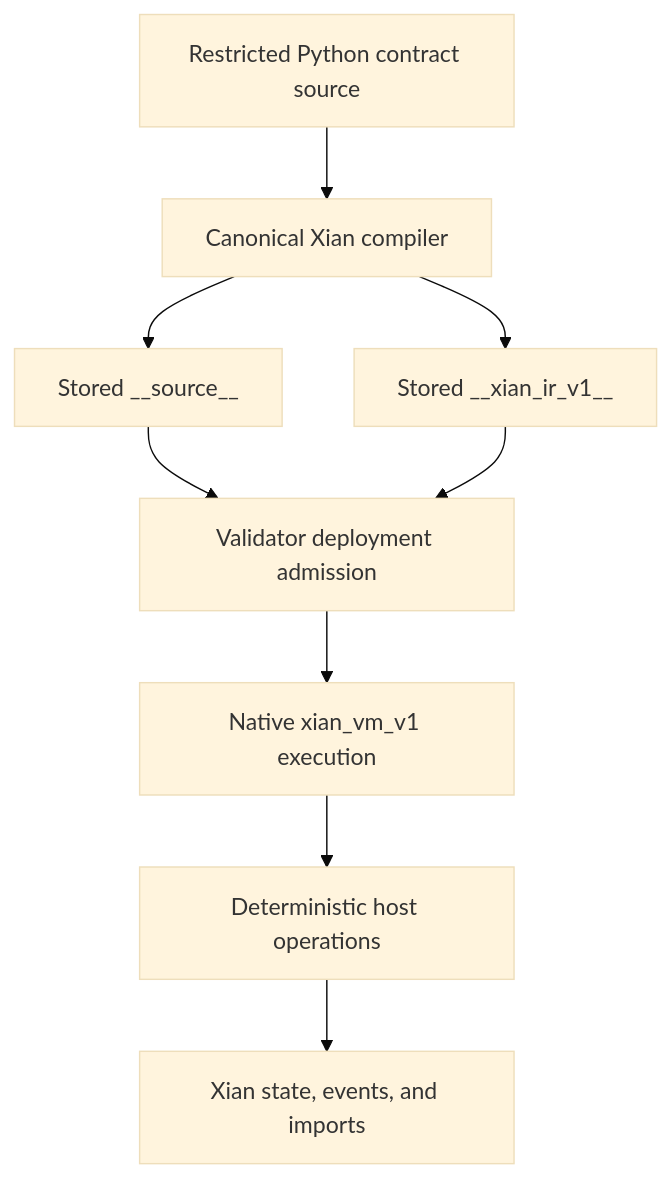
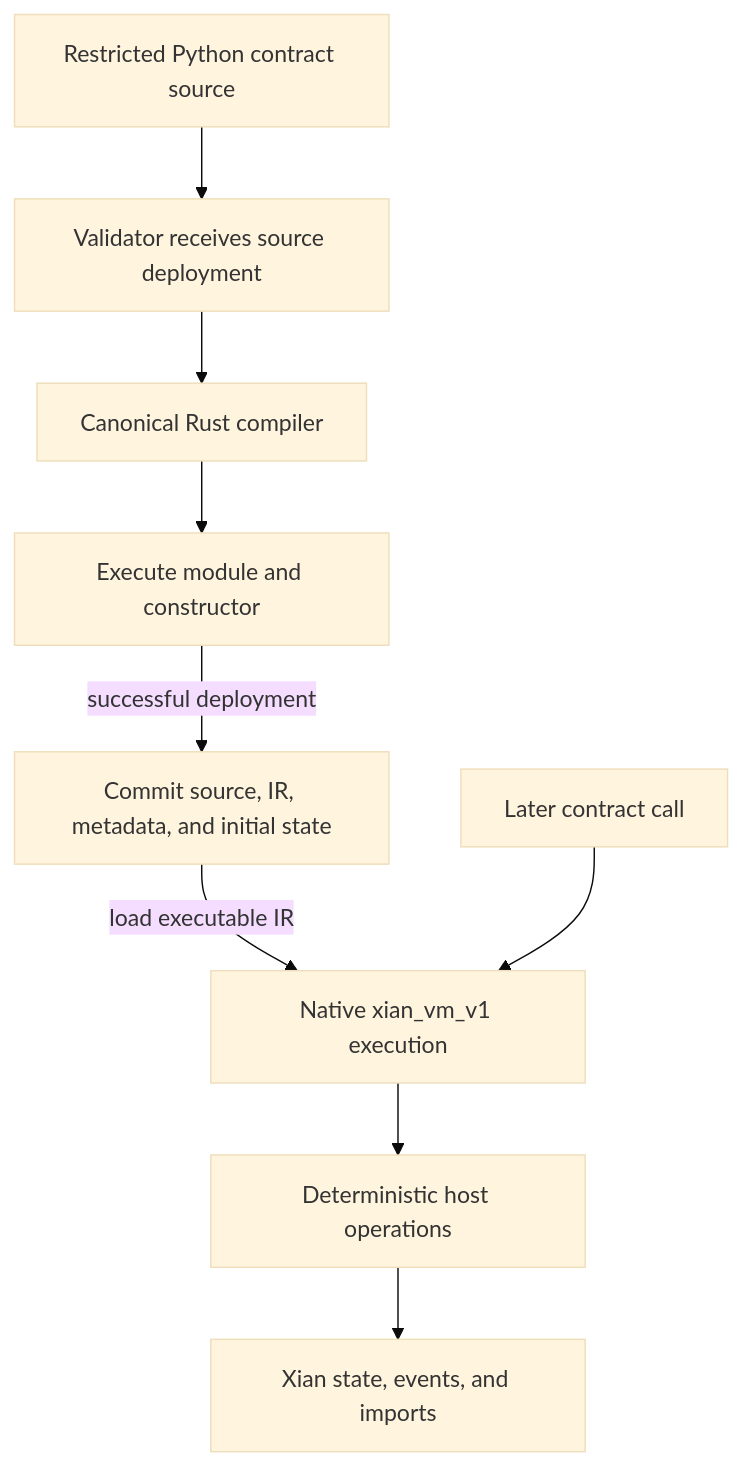
One commit to xian-technology/xian-docs-web changed the diagram in concepts/xian-vm.md. Above: the diagram before and after it, drawn with Mermaid (base theme). The commit also changed 28 other files, not shown here.

````diff
--- a/concepts/xian-vm.md
+++ b/concepts/xian-vm.md
@@ -41,20 +41,19 @@
 ```mermaid
 flowchart TD
   Source["Restricted Python contract source"]
-  Compiler["Canonical Xian compiler"]
-  SourceArtifact["Stored __source__"]
-  IR["Stored __xian_ir_v1__"]
-  Admission["Validator deployment admission"]
+  Admission["Validator receives source deployment"]
+  Compiler["Canonical Rust compiler"]
+  Constructor["Execute module and constructor"]
+  Stored["Commit source, IR, metadata, and initial state"]
+  Call["Later contract call"]
   VM["Native xian_vm_v1 execution"]
   Host["Deterministic host operations"]
   State["Xian state, events, and imports"]
 
-  Source --> Compiler
-  Compiler --> SourceArtifact
-  Compiler --> IR
-  SourceArtifact --> Admission
-  IR --> Admission
-  Admission --> VM
+  Source --> Admission --> Compiler --> Constructor
+  Constructor -->|successful deployment| Stored
+  Stored -->|load executable IR| VM
+  Call --> VM
   VM --> Host
   Host --> State
 ```
````
